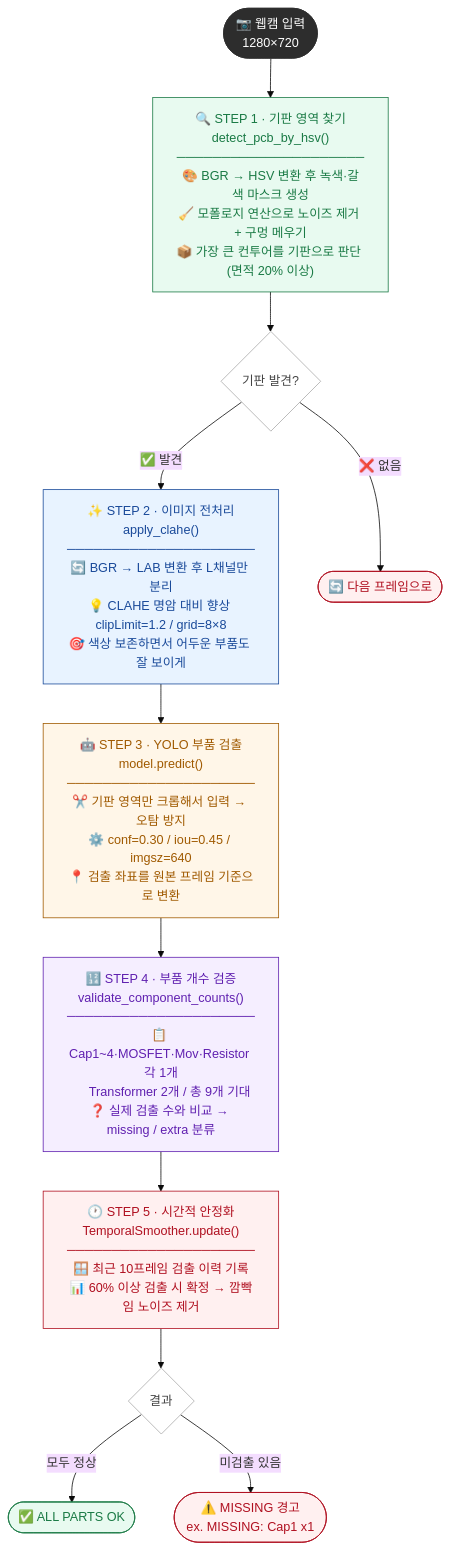
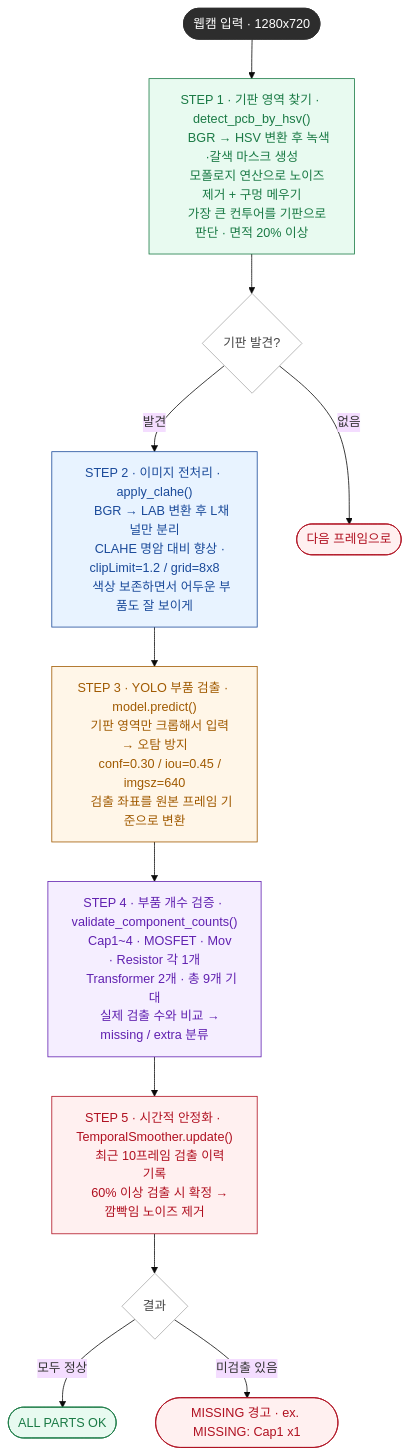
One commit to ddytyyxi/SmartManufacturing_OpenCV changed the diagram in scripts/README.md. Above: the diagram before and after it, drawn with Mermaid (base theme).

Commit message:
Refactor PCB detection pipeline documentation

````diff
--- a/scripts/README.md
+++ b/scripts/README.md
@@ -13,36 +14,48 @@
 ```mermaid
 flowchart TD
-    A([📷 웹캠 입력\n1280×720]) --> B
+    A([웹캠 입력 · 1280x720]) --> B
 
-    B["🔍 STEP 1 · 기판 영역 찾기\ndetect_pcb_by_hsv()\n─────────────────────\n🎨 BGR → HSV 변환 후 녹색·갈색 마스크 생성\n🧹 모폴로지 연산으로 노이즈 제거 + 구멍 메우기\n📦 가장 큰 컨투어를 기판으로 판단 (면적 20% 이상)"]
+    B["STEP 1 · 기판 영역 찾기 · detect_pcb_by_hsv()
+    BGR → HSV 변환 후 녹색·갈색 마스크 생성
+    모폴로지 연산으로 노이즈 제거 + 구멍 메우기
+    가장 큰 컨투어를 기판으로 판단 · 면적 20% 이상"]
 
     B --> C{기판 발견?}
+    C -- "발견" --> D
+    C -- "없음" --> E([다음 프레임으로])
 
-    C -- "✅ 발견" --> D
-    C -- "❌ 없음" --> E([🔄 다음 프레임으로])
+    D["STEP 2 · 이미지 전처리 · apply_clahe()
+    BGR → LAB 변환 후 L채널만 분리
+    CLAHE 명암 대비 향상 · clipLimit=1.2 / grid=8x8
+    색상 보존하면서 어두운 부품도 잘 보이게"]
 
-    D["✨ STEP 2 · 이미지 전처리\napply_clahe()\n─────────────────────\n🔄 BGR → LAB 변환 후 L채널만 분리\n💡 CLAHE 명암 대비 향상 clipLimit=1.2 / grid=8×8\n🎯 색상 보존하면서 어두운 부품도 잘 보이게"]
+    D --> F["STEP 3 · YOLO 부품 검출 · model.predict()
+    기판 영역만 크롭해서 입력 → 오탐 방지
+    conf=0.30 / iou=0.45 / imgsz=640
+    검출 좌표를 원본 프레임 기준으로 변환"]
 
-    D --> F["🤖 STEP 3 · YOLO 부품 검출\nmodel.predict()\n─────────────────────\n✂️ 기판 영역만 크롭해서 입력 → 오탐 방지\n⚙️ conf=0.30 / iou=0.45 / imgsz=640\n📍 검출 좌표를 원본 프레임 기준으로 변환"]
+    F --> G["STEP 4 · 부품 개수 검증 · validate_component_counts()
+    Cap1~4 · MOSFET · Mov · Resistor 각 1개
+    Transformer 2개 · 총 9개 기대
+    실제 검출 수와 비교 → missing / extra 분류"]
 
-    F --> G["🔢 STEP 4 · 부품 개수 검증\nvalidate_component_counts()\n─────────────────────\n📋 Cap1~4·MOSFET·Mov·Resistor 각 1개\n     Transformer 2개 / 총 9개 기대\n❓ 실제 검출 수와 비교 → missing / extra 분류"]
-
-    G --> H["🕐 STEP 5 · 시간적 안정화\nTemporalSmoother.update()\n─────────────────────\n🪟 최근 10프레임 검출 이력 기록\n📊 60% 이상 검출 시 확정 → 깜빡임 노이즈 제거"]
+    G --> H["STEP 5 · 시간적 안정화 · TemporalSmoother.update()
+    최근 10프레임 검출 이력 기록
+    60% 이상 검출 시 확정 → 깜빡임 노이즈 제거"]
 
     H --> I{결과}
-
-    I -- "모두 정상" --> J([✅ ALL PARTS OK])
-    I -- "미검출 있음" --> K([⚠️ MISSING 경고\nex. MISSING: Cap1 x1])
+    I -- "모두 정상" --> J([ALL PARTS OK])
+    I -- "미검출 있음" --> K([MISSING 경고 · ex. MISSING: Cap1 x1])
 
     style A fill:#2d2d2d,color:#fff,stroke:#2d2d2d
     style B fill:#e8faf0,stroke:#1a7a45,color:#1a7a45
     style C fill:#fff,stroke:#aaa,color:#444
     style D fill:#e8f3ff,stroke:#1a4a9a,color:#1a4a9a
     style E fill:#fff0f0,stroke:#b01020,color:#b01020
     style F fill:#fff6e8,stroke:#a05a00,color:#a05a00
     style G fill:#f5eeff,stroke:#6020b0,color:#6020b0
     style H fill:#fff0f0,stroke:#b01020,color:#b01020
     style I fill:#fff,stroke:#aaa,color:#444
     style J fill:#e8faf0,stroke:#1a7a45,color:#1a7a45
     style K fill:#fff0f0,stroke:#b01020,color:#b01020
 ```
````
